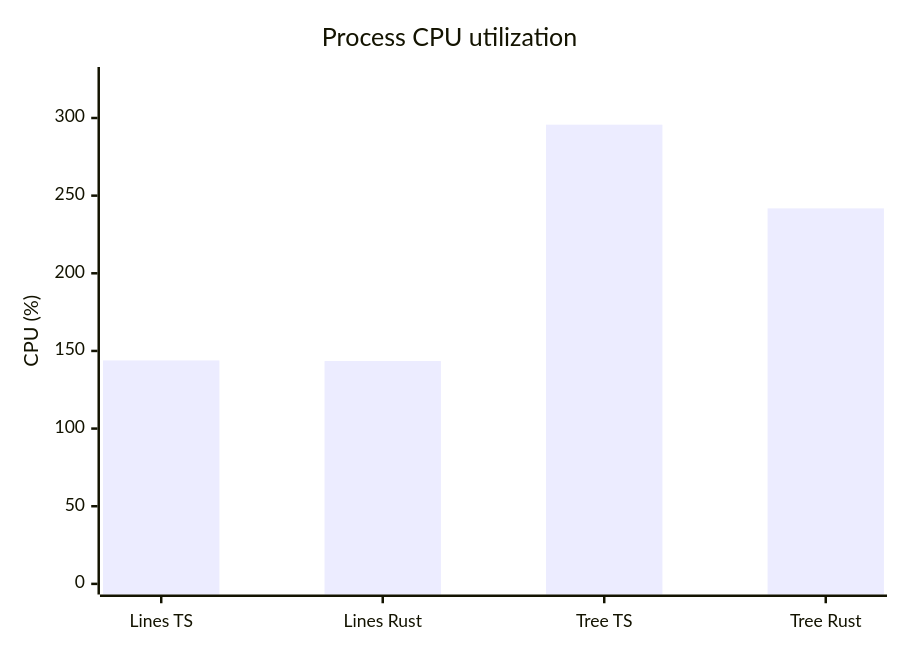
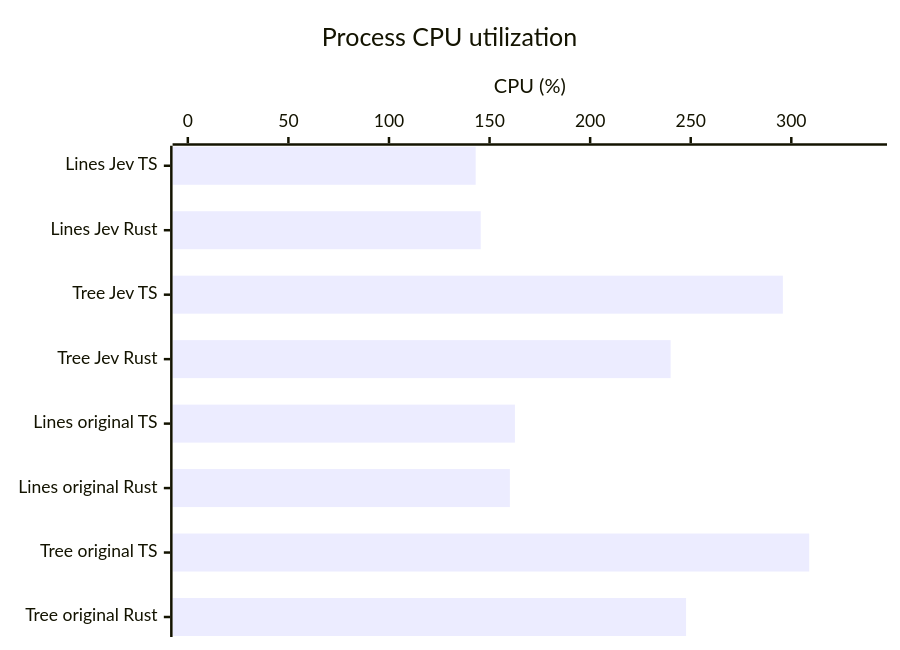
One commit to kossnocorp/spacer changed the eighth of 15 diagrams in docs/benchmark.md. Above: the diagram before and after it, drawn with Mermaid. The commit also changed other lines of this file and 29 other files, not shown here.

````diff
--- a/docs/benchmark.md
+++ b/docs/benchmark.md
@@ -66,7 +109,7 @@
 ```mermaid
-xychart-beta
+xychart-beta horizontal
   title "Process CPU utilization"
-  x-axis ["Lines TS", "Lines Rust", "Tree TS", "Tree Rust"]
-  y-axis "CPU (%)" 0 --> 326
-  bar [143.9, 143.5, 295.7, 241.8]
+  x-axis ["Lines Jev TS", "Lines Jev Rust", "Tree Jev TS", "Tree Jev Rust", "Lines original TS", "Lines original Rust", "Tree original TS", "Tree original Rust"]
+  y-axis "CPU (%)" 0 --> 340
+  bar [143.1, 145.6, 295.8, 240, 162.6, 160.1, 308.9, 247.7]
 ```
````
